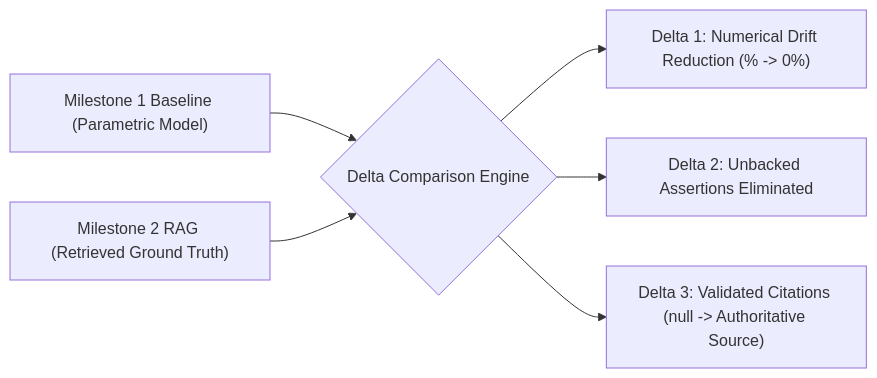
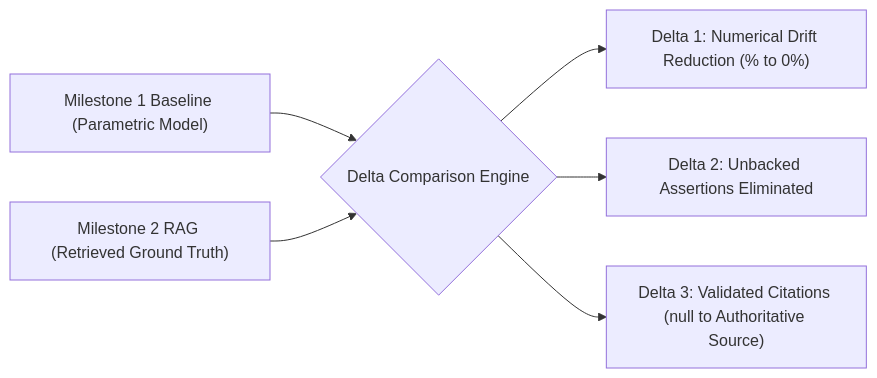
One commit to sivarajthava/nutrition-chatbot changed the third of 3 diagrams in doc/eval-plan.md. Above: the diagram before and after it, drawn with Mermaid. The commit also changed other lines of this file and 5 other files, not shown here.

````diff
--- a/doc/eval-plan.md
+++ b/doc/eval-plan.md
@@ -299,8 +299,8 @@
 ```mermaid
 graph LR
     M1["Milestone 1 Baseline (Parametric Model)"] --> Compare{"Delta Comparison Engine"}
     M2["Milestone 2 RAG (Retrieved Ground Truth)"] --> Compare
-    Compare --> RedDrift["Delta 1: Numerical Drift Reduction (% -> 0%)"]
+    Compare --> RedDrift["Delta 1: Numerical Drift Reduction (% to 0%)"]
     Compare --> RedHalluc["Delta 2: Unbacked Assertions Eliminated"]
-    Compare --> ValidCit["Delta 3: Validated Citations (null -> Authoritative Source)"]
+    Compare --> ValidCit["Delta 3: Validated Citations (null to Authoritative Source)"]
 ```
````
